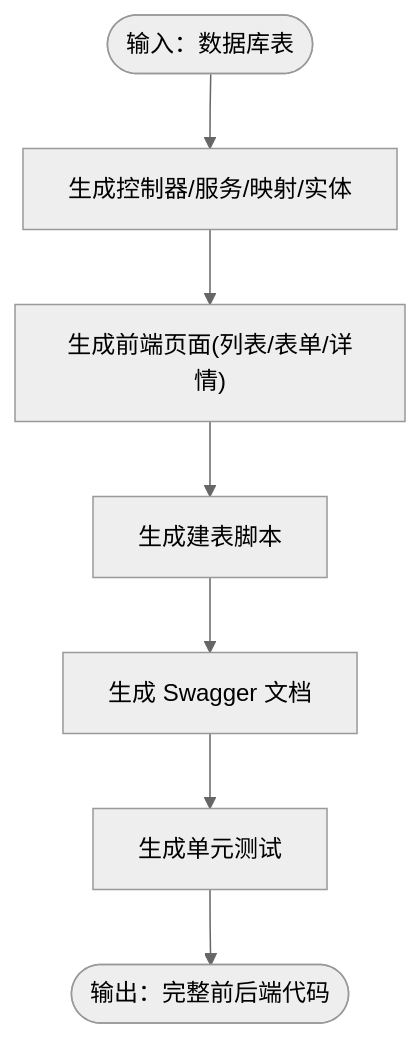
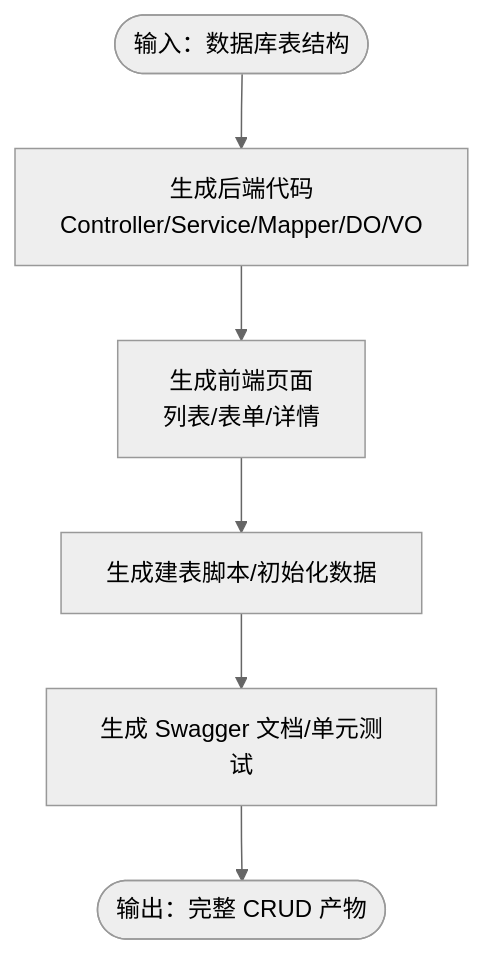
One commit to zhuangpengLI/AgenticCPS changed the fourth of 6 diagrams in .qoder/repowiki/zh/content/项目概述/项目概述.md. Above: the diagram before and after it, drawn with Mermaid (neutral theme). The commit also changed other lines of this file and 355 other files, not shown here.

````diff
--- a/.qoder/repowiki/zh/content/项目概述/项目概述.md
+++ b/.qoder/repowiki/zh/content/项目概述/项目概述.md
@@ -177,9 +180,8 @@
 ```mermaid
 flowchart TD
-Start(["输入：数据库表"]) --> GenCtrl["生成控制器/服务/映射/实体"]
-GenCtrl --> GenUI["生成前端页面(列表/表单/详情)"]
-GenUI --> GenSQL["生成建表脚本"]
-GenSQL --> GenDoc["生成 Swagger 文档"]
-GenDoc --> GenTest["生成单元测试"]
-GenTest --> Done(["输出：完整前后端代码"])
+Start(["输入：数据库表结构"]) --> GenBE["生成后端代码<br/>Controller/Service/Mapper/DO/VO"]
+GenBE --> GenFE["生成前端页面<br/>列表/表单/详情"]
+GenFE --> GenSQL["生成建表脚本/初始化数据"]
+GenSQL --> GenDocs["生成 Swagger 文档/单元测试"]
+GenDocs --> End(["输出：完整 CRUD 产物"])
 ```
````
